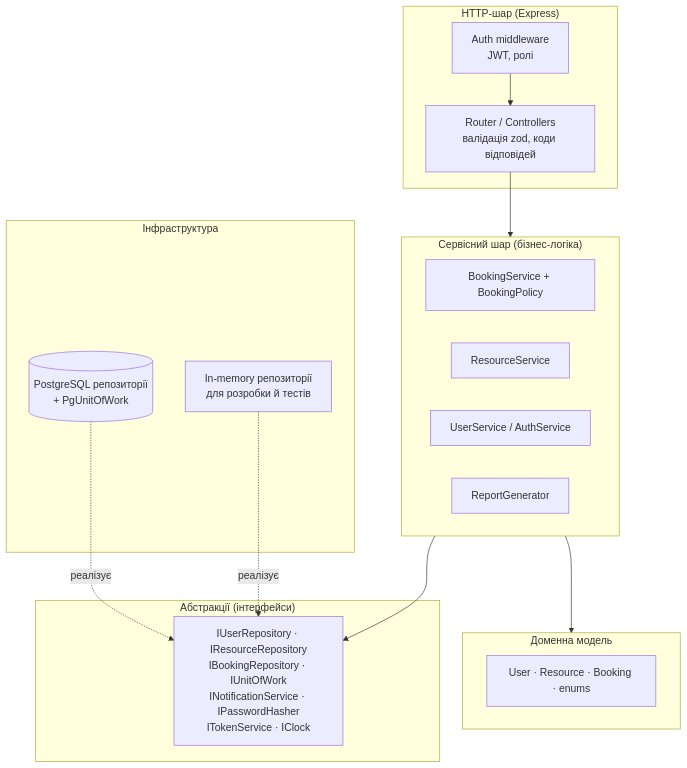
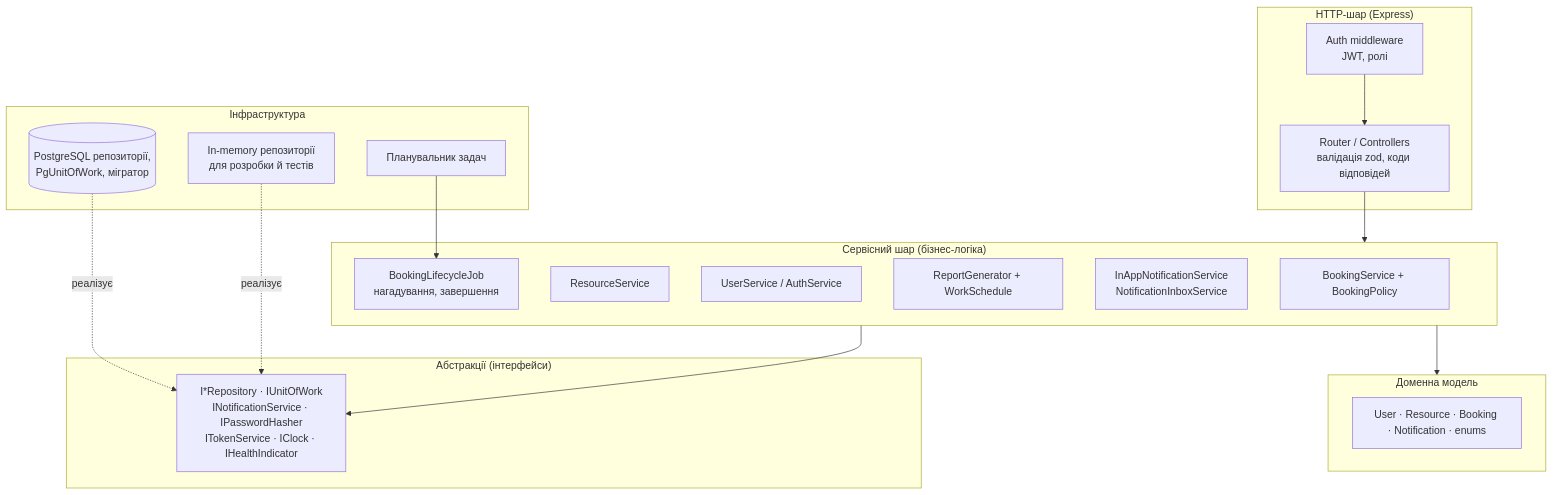
Before and after one commit to denhlushkov/DR_booking: the diagram in docs/architecture.md, drawn with Mermaid. The commit also changed other lines of this file and 18 other files, not shown here.

````diff
--- a/docs/architecture.md
+++ b/docs/architecture.md
@@ -14,29 +14,33 @@
 ```mermaid
 flowchart TB
     subgraph HTTP["HTTP-шар (Express)"]
         R[Router / Controllers<br/>валідація zod, коди відповідей]
         MW[Auth middleware<br/>JWT, ролі]
     end
     subgraph APP["Сервісний шар (бізнес-логіка)"]
         BS[BookingService + BookingPolicy]
         RS[ResourceService]
         US[UserService / AuthService]
-        RG[ReportGenerator]
+        RG[ReportGenerator + WorkSchedule]
+        NS[InAppNotificationService<br/>NotificationInboxService]
+        JOB[BookingLifecycleJob<br/>нагадування, завершення]
     end
     subgraph DOM["Доменна модель"]
-        E[User · Resource · Booking · enums]
+        E[User · Resource · Booking · Notification · enums]
     end
     subgraph PORTS["Абстракції (інтерфейси)"]
-        P[IUserRepository · IResourceRepository<br/>IBookingRepository · IUnitOfWork<br/>INotificationService · IPasswordHasher<br/>ITokenService · IClock]
+        P[I*Repository · IUnitOfWork<br/>INotificationService · IPasswordHasher<br/>ITokenService · IClock · IHealthIndicator]
     end
     subgraph INFRA["Інфраструктура"]
-        PG[(PostgreSQL репозиторії<br/>+ PgUnitOfWork)]
+        PG[(PostgreSQL репозиторії,<br/>PgUnitOfWork, мігратор)]
         MEM[In-memory репозиторії<br/>для розробки й тестів]
+        SCH[Планувальник задач]
     end
     R --> APP
     MW --> R
     APP --> DOM
     APP --> P
+    SCH --> JOB
     PG -. реалізує .-> P
     MEM -. реалізує .-> P
 ```
````
